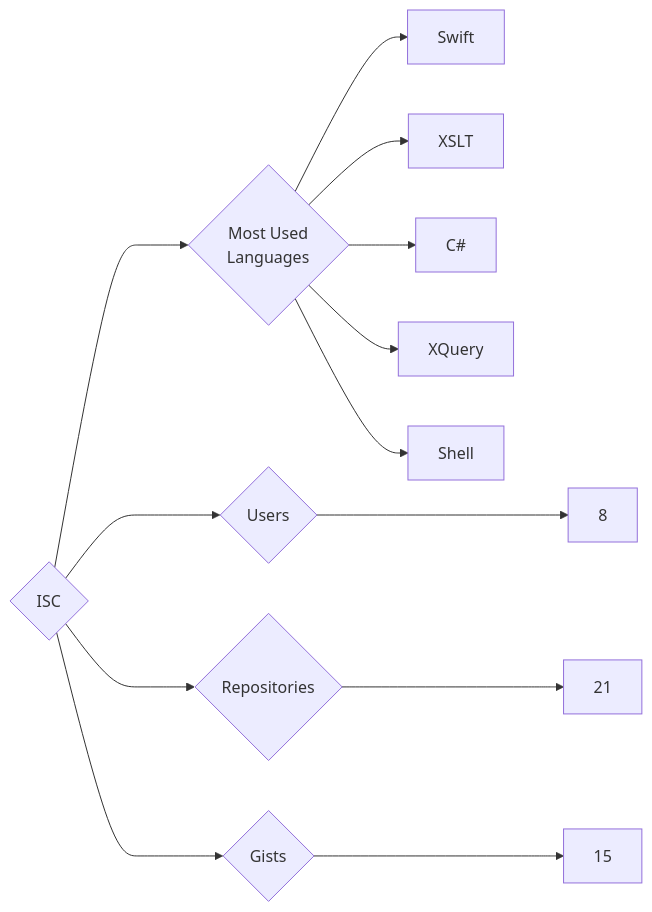
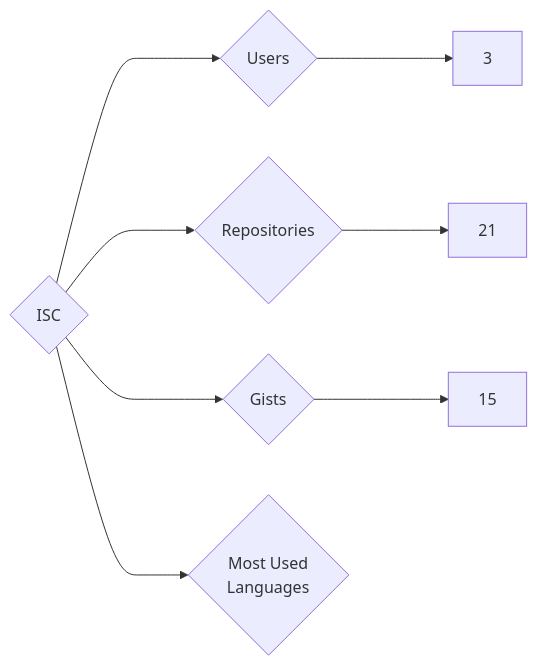
The diagram in targets/ISC/README.md (trickest/insiders), drawn with Mermaid before and after one commit. The commit also changed 914 other files, not shown here.

````diff
--- a/targets/ISC/README.md
+++ b/targets/ISC/README.md
@@ -3,13 +3,8 @@
 ```mermaid
 graph LR
 COMPANY_NAME{ISC}
-COMPANY_NAME ---> U{Users} ---> UN[8]
+COMPANY_NAME ---> U{Users} ---> UN[3]
 COMPANY_NAME ---> R{Repositories} ---> RN[21]
 COMPANY_NAME ---> G{Gists} ---> GN[15]
 COMPANY_NAME ---> ML{Most Used<br>Languages}
-ML --> Swift[Swift]
-ML --> XSLT[XSLT]
-ML --> C#[C#]
-ML --> XQuery[XQuery]
-ML --> Shell[Shell]
 ```
````
